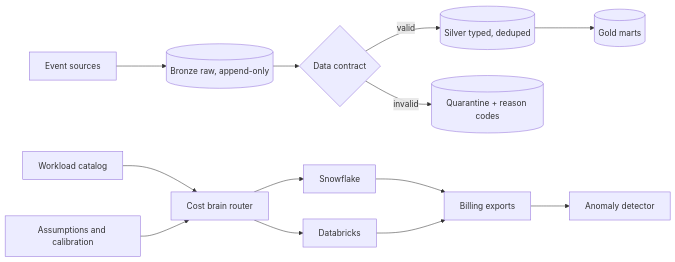
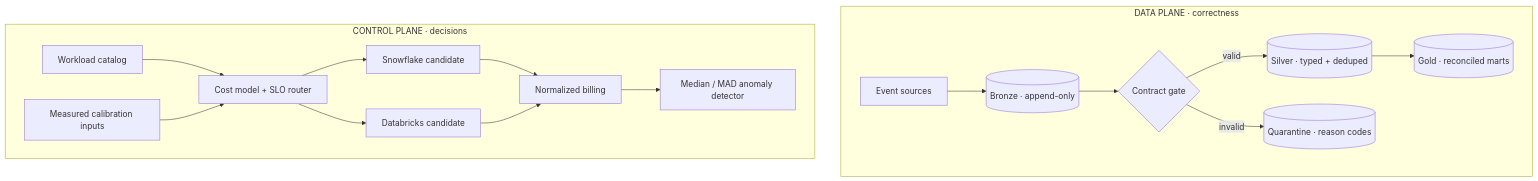
The diagram in README.md (AnyalstRushi/routelake), drawn with Mermaid before and after one commit. The commit also changed other lines of this file and 7 other files, not shown here.

````diff
--- a/README.md
+++ b/README.md
@@ -46,15 +36,19 @@
 ```mermaid
-flowchart LR
-  A[Event sources] --> B[(Bronze raw, append-only)]
-  B --> C{Data contract}
-  C -- valid --> D[(Silver typed, deduped)]
-  C -- invalid --> Q[(Quarantine + reason codes)]
-  D --> E[(Gold marts)]
-  F[Workload catalog] --> R[Cost brain router]
-  G[Assumptions and calibration] --> R
-  R --> S[Snowflake]
-  R --> T[Databricks]
-  S --> H[Billing exports]
-  T --> H
-  H --> I[Anomaly detector]
+flowchart TB
+  subgraph DP["DATA PLANE · correctness"]
+    A["Event sources"] --> B[("Bronze · append-only")]
+    B --> C{"Contract gate"}
+    C -->|valid| D[("Silver · typed + deduped")]
+    C -->|invalid| Q[("Quarantine · reason codes")]
+    D --> E[("Gold · reconciled marts")]
+  end
+  subgraph CP["CONTROL PLANE · decisions"]
+    W["Workload catalog"] --> R["Cost model + SLO router"]
+    P["Measured calibration inputs"] --> R
+    R --> S["Snowflake candidate"]
+    R --> DB["Databricks candidate"]
+    S --> U["Normalized billing"]
+    DB --> U
+    U --> X["Median / MAD anomaly detector"]
+  end
 ```
````
